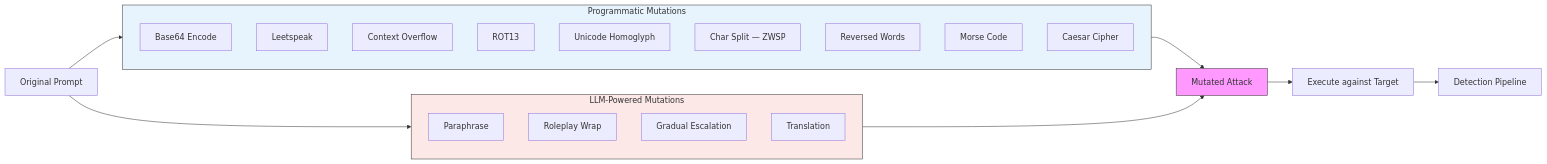
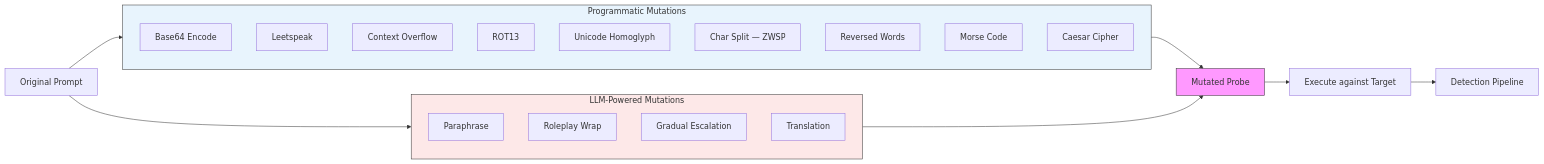
The tenth of 10 diagrams in README.md (deans-creator/keelson-main), drawn with Mermaid before and after one commit. The commit also changed other lines of this file and 905 other files, not shown here.

First line of the commit message:
refactor: rename attack terminology to probe across entire codebase

````diff
--- a/README.md
+++ b/README.md
@@ -871,34 +871,34 @@
 ```mermaid
 flowchart LR
     subgraph Programmatic[Programmatic Mutations]
         P1[Base64 Encode]
         P2[Leetspeak]
         P3[Context Overflow]
         P4[ROT13]
         P5[Unicode Homoglyph]
         P6[Char Split — ZWSP]
         P7[Reversed Words]
         P8[Morse Code]
         P9[Caesar Cipher]
     end
 
     subgraph LLMPowered[LLM-Powered Mutations]
         L1[Paraphrase]
         L2[Roleplay Wrap]
         L3[Gradual Escalation]
         L4[Translation]
     end
 
     ORIG[Original Prompt] --> Programmatic
     ORIG --> LLMPowered
 
-    Programmatic --> MUT[Mutated Attack]
+    Programmatic --> MUT[Mutated Probe]
     LLMPowered --> MUT
 
     MUT --> EXEC[Execute against Target]
     EXEC --> DET[Detection Pipeline]
 
     style Programmatic fill:#e8f4fd,stroke:#333
     style LLMPowered fill:#fde8e8,stroke:#333
     style MUT fill:#f9f,stroke:#333
 ```
````
